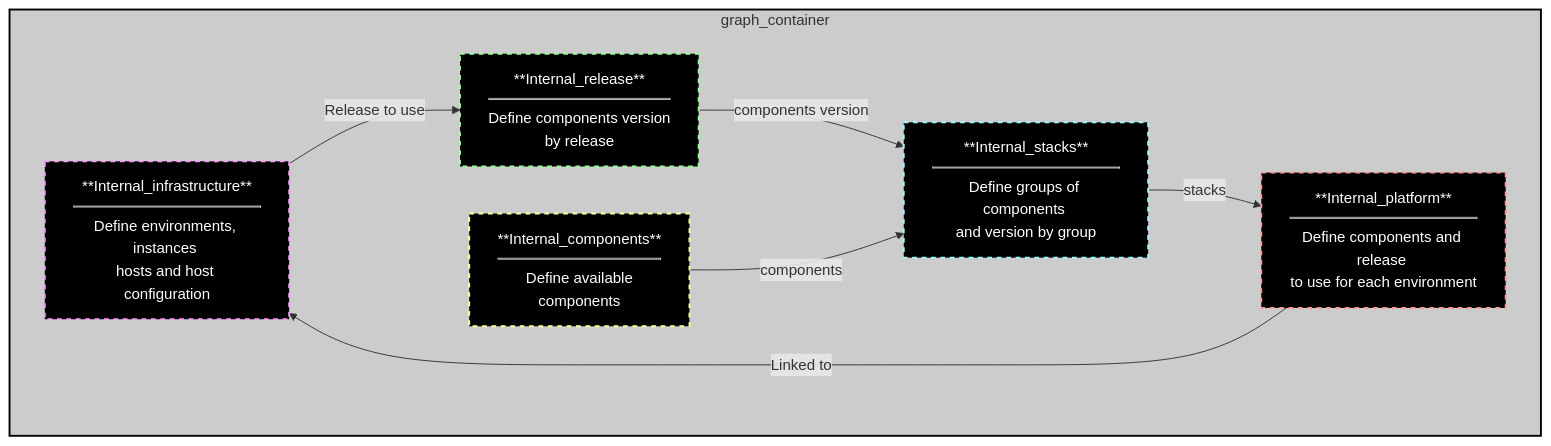
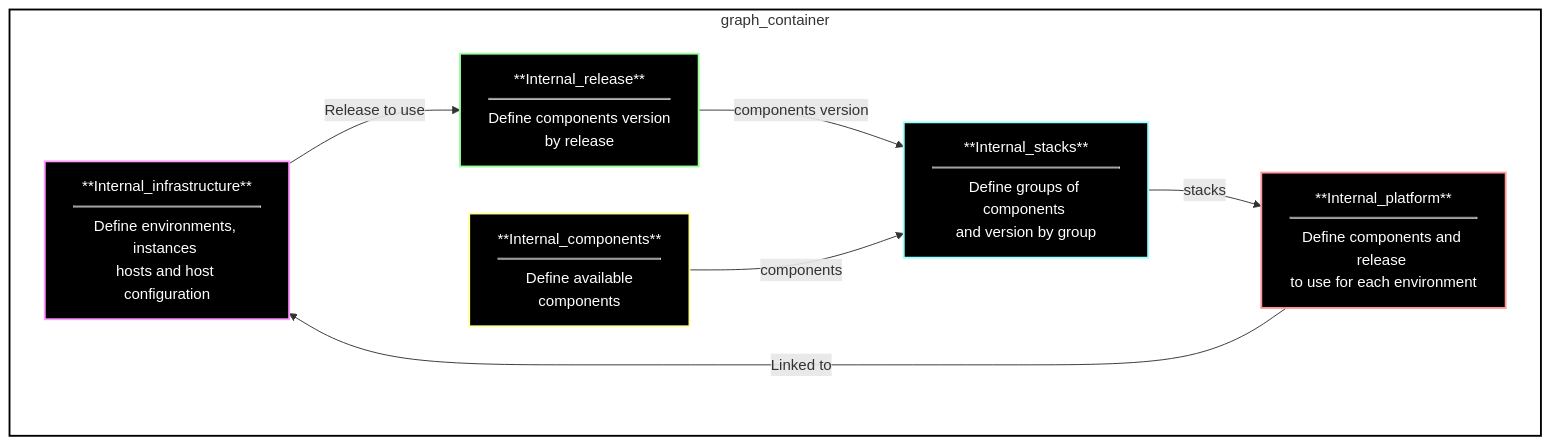
The first of 28 diagrams in Markdown1.md (SavaiRavikiran/Monitoring_With_Prometheus-Grafana), drawn with Mermaid before and after one commit. The commit also changed other lines of this file, not shown here.

````diff
--- a/Markdown1.md
+++ b/Markdown1.md
@@ -3,20 +3,20 @@
 ```mermaid
 graph TD;
 
   subgraph graph_container
-    style graph_container fill:#ccc, stroke:#000, stroke-width:2px;
+    style graph_container fill:transparent, stroke:#000, stroke-width:2px, stroke-dasharray: 0;
     
-    style A fill:#000, stroke:#f9f, stroke-width:2px, stroke-dasharray: 5, 5, color:#fff;
-    style B fill:#000, stroke:#9f9, stroke-width:2px, stroke-dasharray: 5, 5, color:#fff;
-    style C fill:#000, stroke:#ff9, stroke-width:2px, stroke-dasharray: 5, 5, color:#fff;
-    style D fill:#000, stroke:#9ff, stroke-width:2px, stroke-dasharray: 5, 5, color:#fff;
-    style E fill:#000, stroke:#f99, stroke-width:2px, stroke-dasharray: 5, 5, color:#fff;
+    style A fill:#000, stroke:#f9f, stroke-width:2px, stroke-dasharray: 0, color:#fff;
+    style B fill:#000, stroke:#9f9, stroke-width:2px, stroke-dasharray: 0, color:#fff;
+    style C fill:#000, stroke:#ff9, stroke-width:2px, stroke-dasharray: 0, color:#fff;
+    style D fill:#000, stroke:#9ff, stroke-width:2px, stroke-dasharray: 0, color:#fff;
+    style E fill:#000, stroke:#f99, stroke-width:2px, stroke-dasharray: 0, color:#fff;
   
     A["**Internal_infrastructure**<br/><hr style='margin-top: 8px; margin-bottom: 8px;'/>Define environments, instances <br/>hosts and host configuration"] -->|Release to use| B["**Internal_release**<br/><hr style='margin-top: 8px; margin-bottom: 8px;'/>Define components version <br/>by release"];
     B -->|components version| D["**Internal_stacks**<br/><hr style='margin-top: 8px; margin-bottom: 8px;'/>Define groups of components <br/>and version by group"];
     D -->|stacks| E["**Internal_platform**<br/><hr style='margin-top: 8px; margin-bottom: 8px;'/>Define components and release <br/>to use for each environment"];
     E -->|Linked to| A;
     C["**Internal_components**<br/><hr style='margin-top: 8px; margin-bottom: 8px;'/>Define available<br/> components"] -->|components| D;
     
   end;
 ```
````
